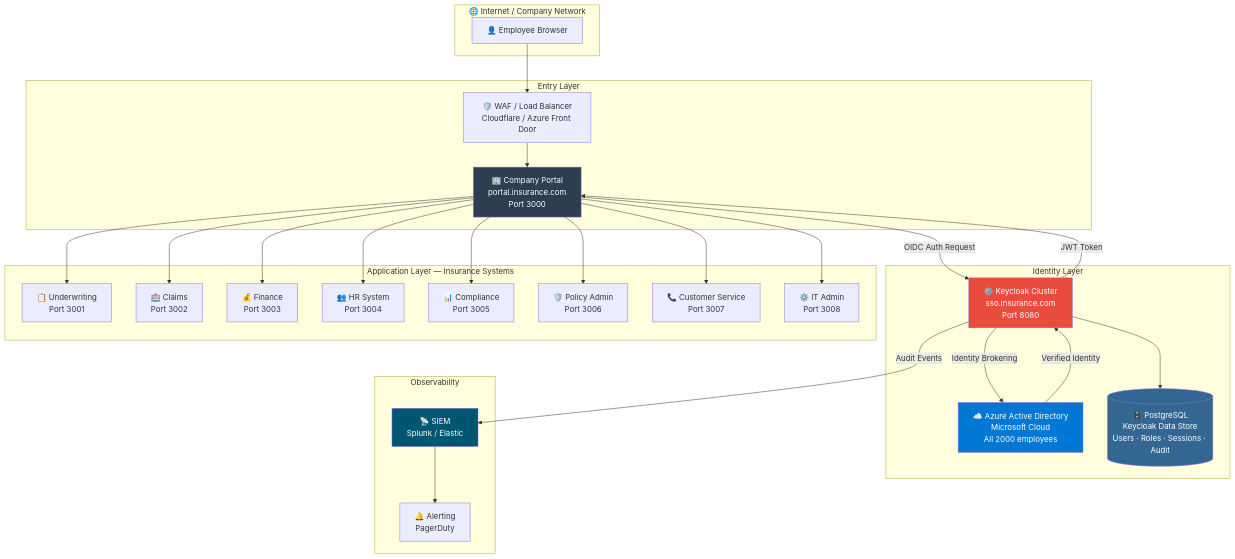
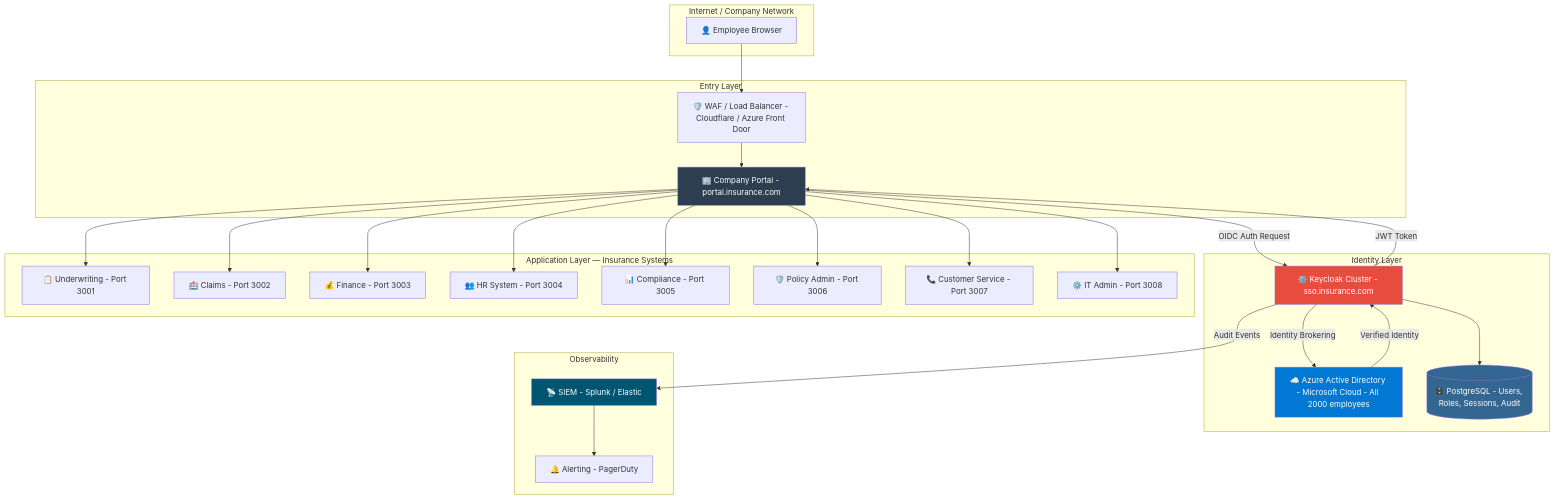
One commit to Mannokuruba/sso-keyclock changed the second of 21 diagrams in docs/INSURANCE-SSO-DESIGN.md. Above: the diagram before and after it, drawn with Mermaid. The commit also changed other lines of this file, not shown here.

Commit message:
fix: resolve Mermaid parse errors in insurance SSO diagrams

````diff
--- a/docs/INSURANCE-SSO-DESIGN.md
+++ b/docs/INSURANCE-SSO-DESIGN.md
@@ -60,50 +60,50 @@
 ```mermaid
 graph TB
-    subgraph INTERNET["🌐 Internet / Company Network"]
-        EMP[👤 Employee Browser]
+    subgraph INTERNET["Internet / Company Network"]
+        EMP["👤 Employee Browser"]
     end
 
     subgraph ENTRY["Entry Layer"]
-        PORTAL[🏢 Company Portal\nportal.insurance.com\nPort 3000]
-        WAF[🛡️ WAF / Load Balancer\nCloudflare / Azure Front Door]
+        WAF["🛡️ WAF / Load Balancer - Cloudflare / Azure Front Door"]
+        PORTAL["🏢 Company Portal - portal.insurance.com"]
     end
 
     subgraph IDENTITY["Identity Layer"]
-        AAD[☁️ Azure Active Directory\nMicrosoft Cloud\nAll 2000 employees]
-        KC[⚙️ Keycloak Cluster\nsso.insurance.com\nPort 8080]
-        PG[(🗄️ PostgreSQL\nKeycloak Data Store\nUsers · Roles · Sessions · Audit)]
+        AAD["☁️ Azure Active Directory - Microsoft Cloud - All 2000 employees"]
+        KC["⚙️ Keycloak Cluster - sso.insurance.com"]
+        PG[("🗄️ PostgreSQL - Users, Roles, Sessions, Audit")]
     end
 
     subgraph APPS["Application Layer — Insurance Systems"]
-        UW[📋 Underwriting\nPort 3001]
-        CL[🏥 Claims\nPort 3002]
-        FIN[💰 Finance\nPort 3003]
-        HR[👥 HR System\nPort 3004]
-        COMP[📊 Compliance\nPort 3005]
-        POL[🛡️ Policy Admin\nPort 3006]
-        CS[📞 Customer Service\nPort 3007]
-        ADMIN[⚙️ IT Admin\nPort 3008]
+        UW["📋 Underwriting - Port 3001"]
+        CL["🏥 Claims - Port 3002"]
+        FIN["💰 Finance - Port 3003"]
+        HR["👥 HR System - Port 3004"]
+        COMP["📊 Compliance - Port 3005"]
+        POL["🛡️ Policy Admin - Port 3006"]
+        CS["📞 Customer Service - Port 3007"]
+        ADMIN["⚙️ IT Admin - Port 3008"]
     end
 
     subgraph AUDIT["Observability"]
-        SIEM[📡 SIEM\nSplunk / Elastic]
-        ALERT[🔔 Alerting\nPagerDuty]
+        SIEM["📡 SIEM - Splunk / Elastic"]
+        ALERT["🔔 Alerting - PagerDuty"]
     end
 
     EMP --> WAF
     WAF --> PORTAL
     PORTAL -->|OIDC Auth Request| KC
     KC -->|Identity Brokering| AAD
     AAD -->|Verified Identity| KC
     KC -->|JWT Token| PORTAL
     PORTAL --> UW & CL & FIN & HR & COMP & POL & CS & ADMIN
     KC --> PG
     KC -->|Audit Events| SIEM
     SIEM --> ALERT
 
     style AAD fill:#0078d4,color:#fff
     style KC fill:#e74c3c,color:#fff
     style PG fill:#336791,color:#fff
     style PORTAL fill:#2c3e50,color:#fff
     style SIEM fill:#005571,color:#fff
 ```
````
